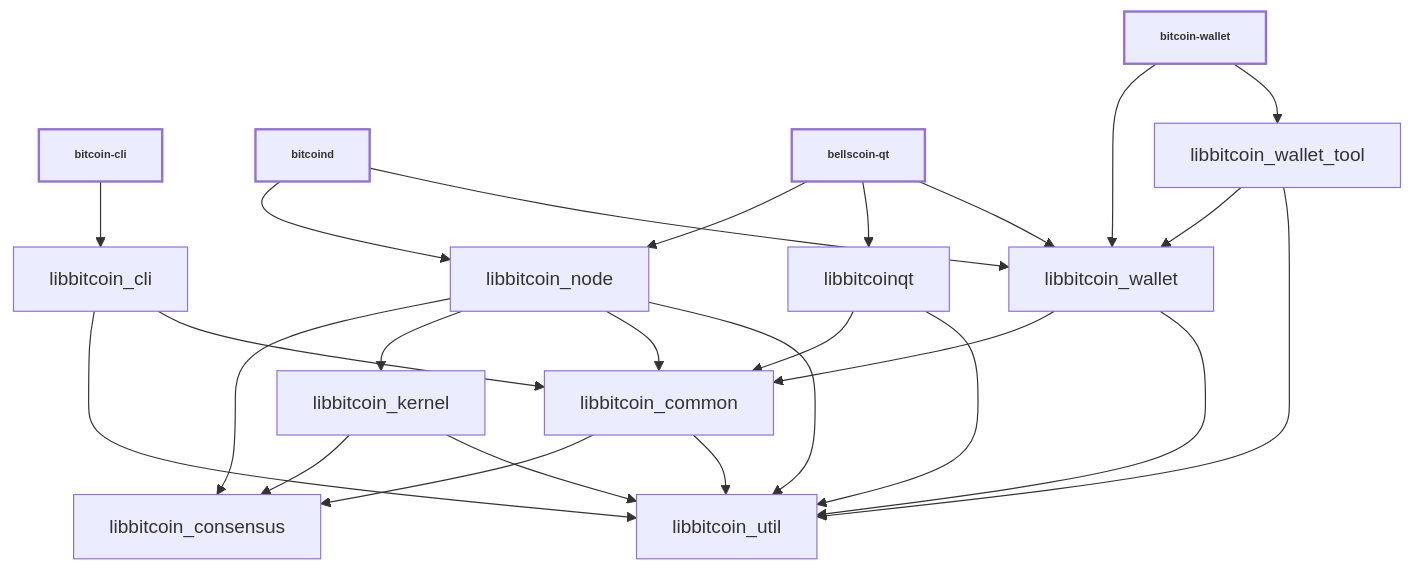
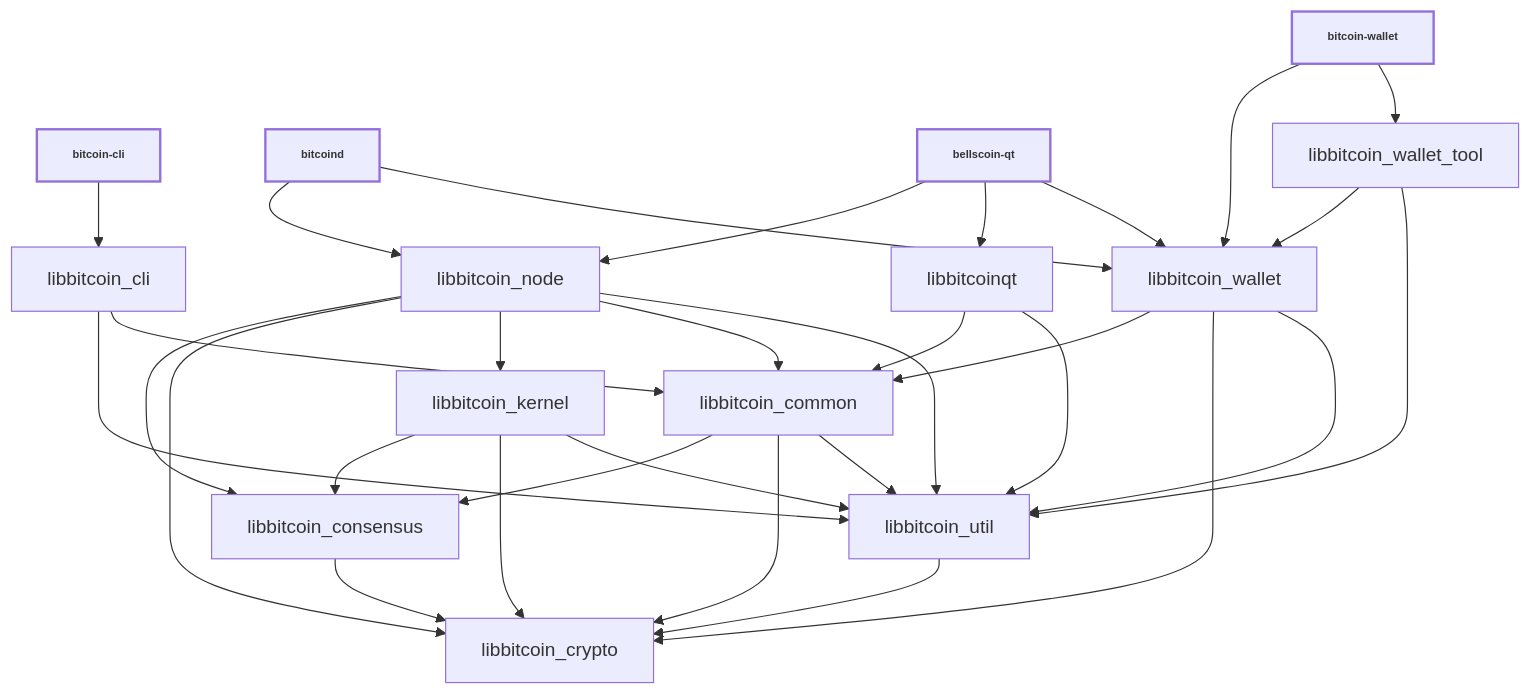
The diagram in doc/design/libraries.md (Nintondo/bellscoinV3), drawn with Mermaid before and after one commit. The commit also changed other lines of this file and 1491 other files, not shown here.

````diff
--- a/doc/design/libraries.md
+++ b/doc/design/libraries.md
@@ -36,44 +36,52 @@
 ```mermaid
 
 %%{ init : { "flowchart" : { "curve" : "basis" }}}%%
 
 graph TD;
 
 bitcoin-cli[bitcoin-cli]-->libbitcoin_cli;
 
 bitcoind[bitcoind]-->libbitcoin_node;
 bitcoind[bitcoind]-->libbitcoin_wallet;
 
 bellscoin-qt[bellscoin-qt]-->libbitcoin_node;
 bellscoin-qt[bellscoin-qt]-->libbitcoinqt;
 bellscoin-qt[bellscoin-qt]-->libbitcoin_wallet;
 
 bitcoin-wallet[bitcoin-wallet]-->libbitcoin_wallet;
 bitcoin-wallet[bitcoin-wallet]-->libbitcoin_wallet_tool;
 
 libbitcoin_cli-->libbitcoin_util;
 libbitcoin_cli-->libbitcoin_common;
 
+libbitcoin_consensus-->libbitcoin_crypto;
+
 libbitcoin_common-->libbitcoin_consensus;
+libbitcoin_common-->libbitcoin_crypto;
 libbitcoin_common-->libbitcoin_util;
 
 libbitcoin_kernel-->libbitcoin_consensus;
+libbitcoin_kernel-->libbitcoin_crypto;
 libbitcoin_kernel-->libbitcoin_util;
 
 libbitcoin_node-->libbitcoin_consensus;
+libbitcoin_node-->libbitcoin_crypto;
 libbitcoin_node-->libbitcoin_kernel;
 libbitcoin_node-->libbitcoin_common;
 libbitcoin_node-->libbitcoin_util;
 
 libbitcoinqt-->libbitcoin_common;
 libbitcoinqt-->libbitcoin_util;
 
+libbitcoin_util-->libbitcoin_crypto;
+
 libbitcoin_wallet-->libbitcoin_common;
+libbitcoin_wallet-->libbitcoin_crypto;
 libbitcoin_wallet-->libbitcoin_util;
 
 libbitcoin_wallet_tool-->libbitcoin_wallet;
 libbitcoin_wallet_tool-->libbitcoin_util;
 
 classDef bold stroke-width:2px, font-weight:bold, font-size: smaller;
 class bellscoin-qt,bitcoind,bitcoin-cli,bitcoin-wallet bold
 ```
````
